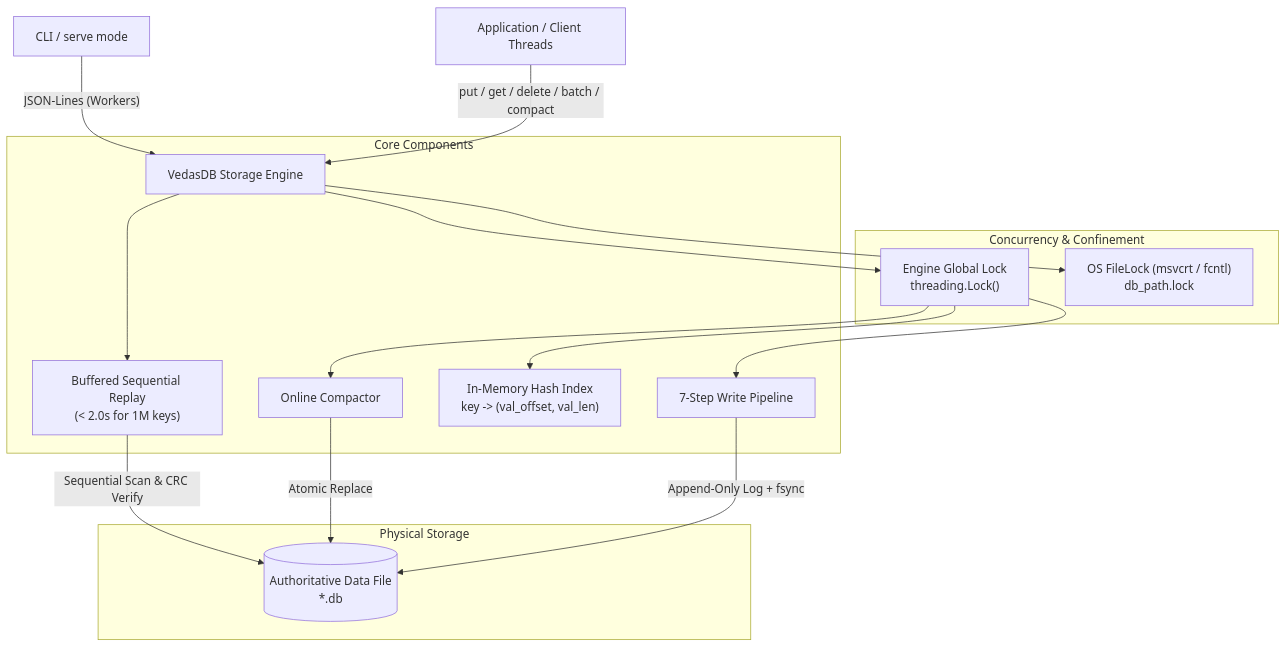
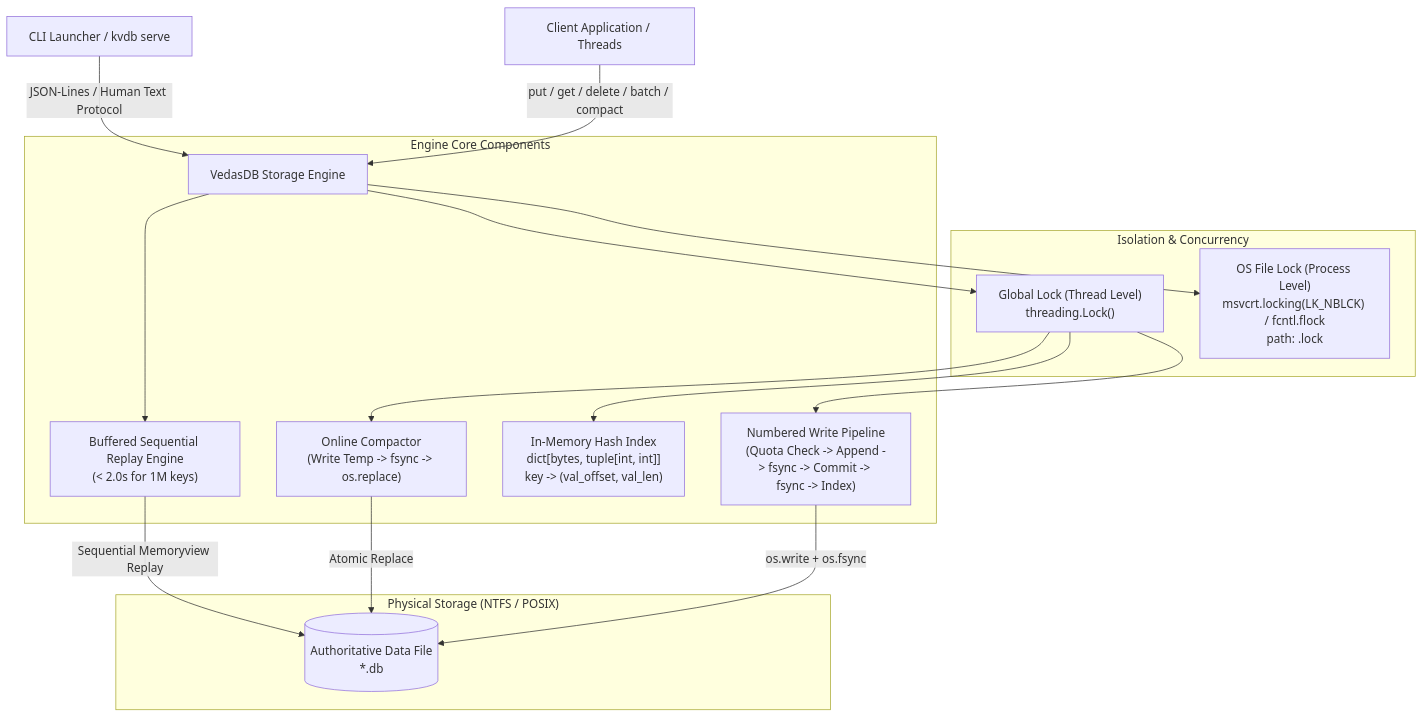
One commit to prajnatechvedhas-ctrl/TEAM-PRAJNA changed the first of 3 diagrams in diagrams/ARCHITECTURE_DIAGRAM.md. Above: the diagram before and after it, drawn with Mermaid. The commit also changed other lines of this file and 19 other files, not shown here.

````diff
--- a/diagrams/ARCHITECTURE_DIAGRAM.md
+++ b/diagrams/ARCHITECTURE_DIAGRAM.md
@@ -5,26 +5,26 @@
 ```mermaid
 graph TD
-    UserApp["Application / Client Threads"] -->|"put / get / delete / batch / compact"| Engine["VedasDB Storage Engine"]
-    CLI["CLI / serve mode"] -->|"JSON-Lines (Workers)"| Engine
+    ClientApp["Client Application / Threads"] -->|"put / get / delete / batch / compact"| Engine["VedasDB Storage Engine"]
+    CLI["CLI Launcher / kvdb serve"] -->|"JSON-Lines / Human Text Protocol"| Engine
 
-    subgraph "Concurrency & Confinement"
-        FLock["OS FileLock (msvcrt / fcntl)<br/>db_path.lock"]
-        GLock["Engine Global Lock<br/>threading.Lock()"]
+    subgraph "Isolation & Concurrency"
+        FLock["OS File Lock (Process Level)<br/>msvcrt.locking(LK_NBLCK) / fcntl.flock<br/>path: <db_path>.lock"]
+        GLock["Global Lock (Thread Level)<br/>threading.Lock()"]
     end
 
     Engine --> FLock
     Engine --> GLock
 
-    subgraph "Core Components"
-        GLock --> WritePipeline["7-Step Write Pipeline"]
-        GLock --> Index["In-Memory Hash Index<br/>key -> (val_offset, val_len)"]
-        GLock --> Compactor["Online Compactor"]
-        Engine --> RecoveryEngine["Buffered Sequential Replay<br/>(< 2.0s for 1M keys)"]
+    subgraph "Engine Core Components"
+        GLock --> WP["Numbered Write Pipeline<br/>(Quota Check -> Append -> fsync -> Commit -> fsync -> Index)"]
+        GLock --> Index["In-Memory Hash Index<br/>dict[bytes, tuple[int, int]]<br/>key -> (val_offset, val_len)"]
+        GLock --> Compactor["Online Compactor<br/>(Write Temp -> fsync -> os.replace)"]
+        Engine --> RecoveryEngine["Buffered Sequential Replay Engine<br/>(< 2.0s for 1M keys)"]
     end
 
-    subgraph "Physical Storage"
-        WritePipeline -->|"Append-Only Log + fsync"| DataFile[("Authoritative Data File<br/>*.db")]
-        RecoveryEngine -->|"Sequential Scan & CRC Verify"| DataFile
+    subgraph "Physical Storage (NTFS / POSIX)"
+        WP -->|"os.write + os.fsync"| DataFile[("Authoritative Data File<br/>*.db")]
+        RecoveryEngine -->|"Sequential Memoryview Replay"| DataFile
         Compactor -->|"Atomic Replace"| DataFile
     end
 ```
````
